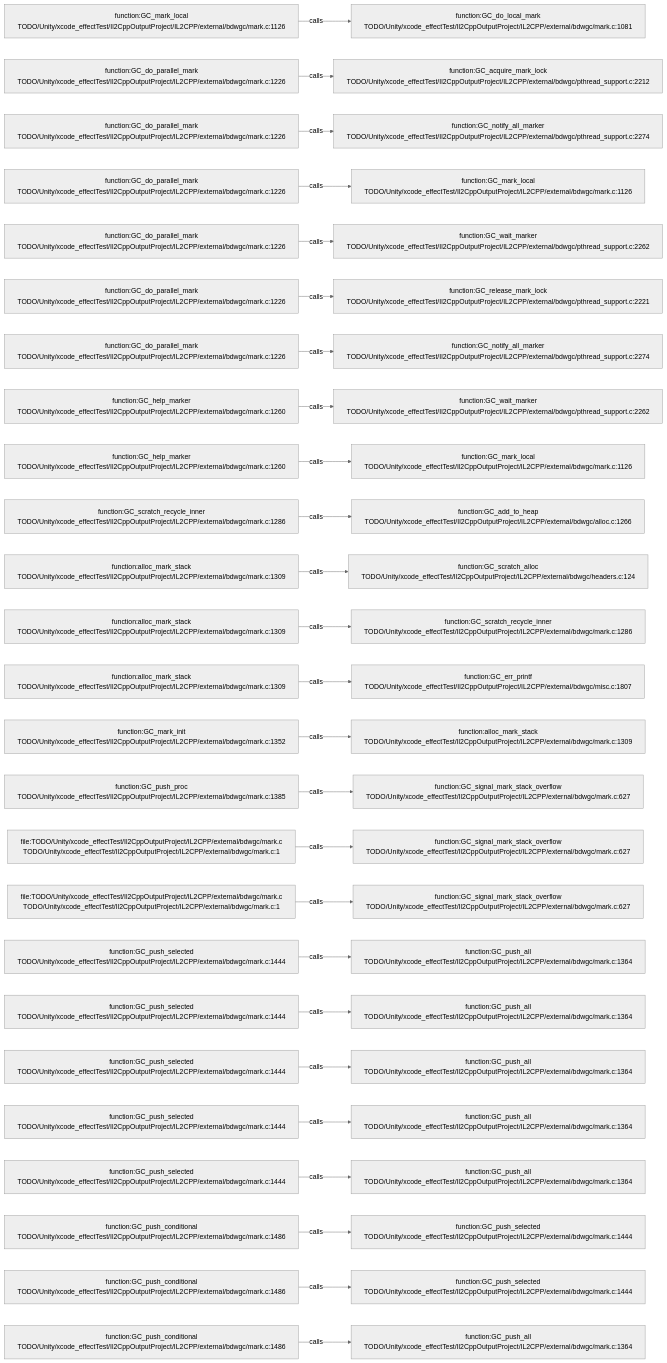
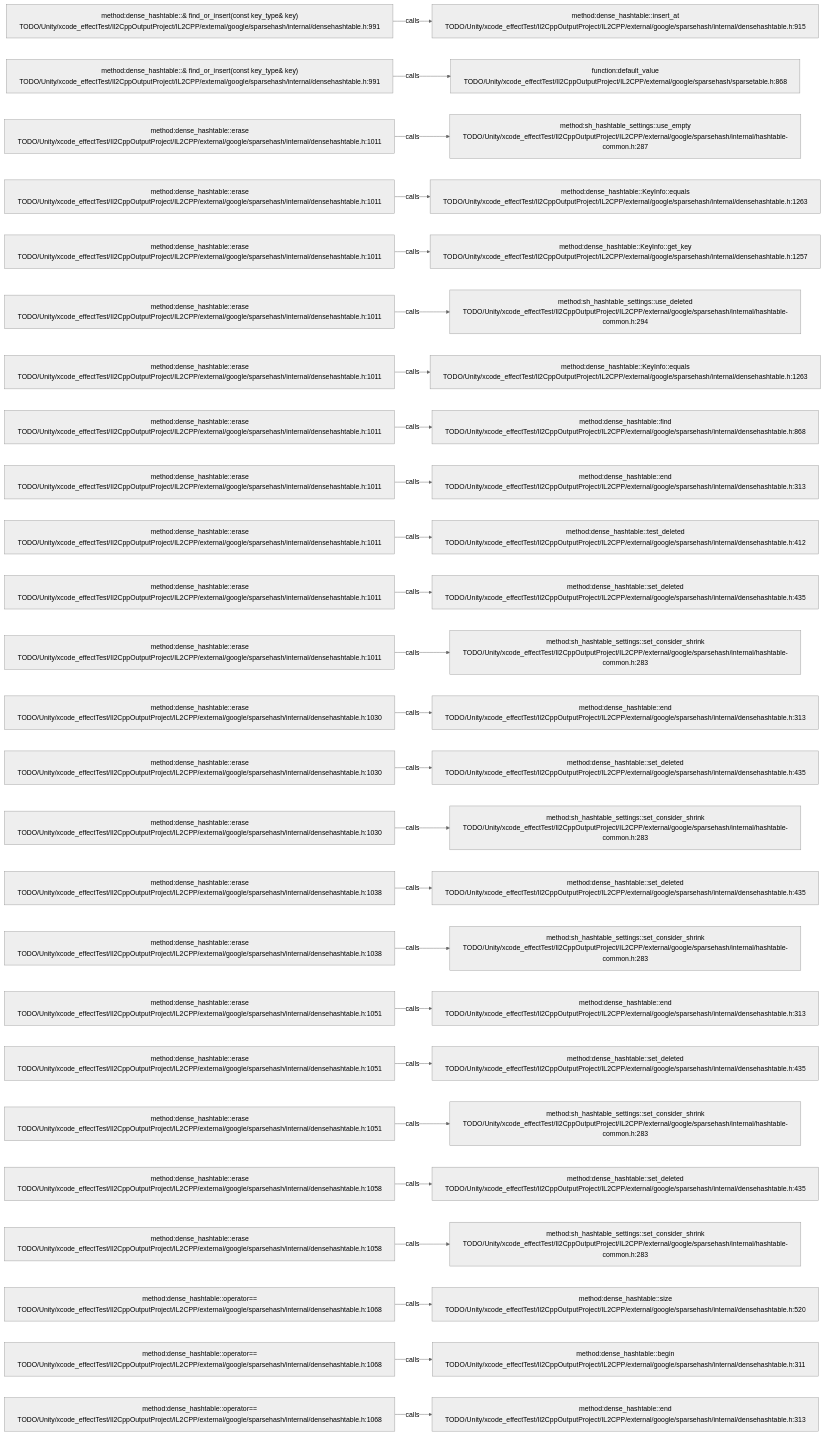
Before and after one commit to JobsKits/JobsSwiftBaseConfigDemo: the diagram in .codegraph/codegraph.md/graphs/calls-199.md, drawn with Mermaid (neutral theme). The commit also changed 227 other files, not shown here.

````diff
--- a/.codegraph/codegraph.md/graphs/calls-199.md
+++ b/.codegraph/codegraph.md/graphs/calls-199.md
@@ -13,78 +13,78 @@
 ```mermaid
 flowchart LR
-  S1["function:GC_mark_local<br/>TODO/Unity/xcode_effectTest/Il2CppOutputProject/IL2CPP/external/bdwgc/mark.c:1126"]
-  T1["function:GC_do_local_mark<br/>TODO/Unity/xcode_effectTest/Il2CppOutputProject/IL2CPP/external/bdwgc/mark.c:1081"]
+  S1["method:dense_hashtable::& find_or_insert(const key_type& key)<br/>TODO/Unity/xcode_effectTest/Il2CppOutputProject/IL2CPP/external/google/sparsehash/internal/densehashtable.h:991"]
+  T1["method:dense_hashtable::insert_at<br/>TODO/Unity/xcode_effectTest/Il2CppOutputProject/IL2CPP/external/google/sparsehash/internal/densehashtable.h:915"]
   S1 -->|calls| T1
-  S2["function:GC_do_parallel_mark<br/>TODO/Unity/xcode_effectTest/Il2CppOutputProject/IL2CPP/external/bdwgc/mark.c:1226"]
-  T2["function:GC_acquire_mark_lock<br/>TODO/Unity/xcode_effectTest/Il2CppOutputProject/IL2CPP/external/bdwgc/pthread_support.c:2212"]
+  S2["method:dense_hashtable::& find_or_insert(const key_type& key)<br/>TODO/Unity/xcode_effectTest/Il2CppOutputProject/IL2CPP/external/google/sparsehash/internal/densehashtable.h:991"]
+  T2["function:default_value<br/>TODO/Unity/xcode_effectTest/Il2CppOutputProject/IL2CPP/external/google/sparsehash/sparsetable.h:868"]
   S2 -->|calls| T2
-  S3["function:GC_do_parallel_mark<br/>TODO/Unity/xcode_effectTest/Il2CppOutputProject/IL2CPP/external/bdwgc/mark.c:1226"]
-  T3["function:GC_notify_all_marker<br/>TODO/Unity/xcode_effectTest/Il2CppOutputProject/IL2CPP/external/bdwgc/pthread_support.c:2274"]
+  S3["method:dense_hashtable::erase<br/>TODO/Unity/xcode_effectTest/Il2CppOutputProject/IL2CPP/external/google/sparsehash/internal/densehashtable.h:1011"]
+  T3["method:sh_hashtable_settings::use_empty<br/>TODO/Unity/xcode_effectTest/Il2CppOutputProject/IL2CPP/external/google/sparsehash/internal/hashtable-common.h:287"]
   S3 -->|calls| T3
-  S4["function:GC_do_parallel_mark<br/>TODO/Unity/xcode_effectTest/Il2CppOutputProject/IL2CPP/external/bdwgc/mark.c:1226"]
-  T4["function:GC_mark_local<br/>TODO/Unity/xcode_effectTest/Il2CppOutputProject/IL2CPP/external/bdwgc/mark.c:1126"]
+  S4["method:dense_hashtable::erase<br/>TODO/Unity/xcode_effectTest/Il2CppOutputProject/IL2CPP/external/google/sparsehash/internal/densehashtable.h:1011"]
+  T4["method:dense_hashtable::KeyInfo::equals<br/>TODO/Unity/xcode_effectTest/Il2CppOutputProject/IL2CPP/external/google/sparsehash/internal/densehashtable.h:1263"]
   S4 -->|calls| T4
-  S5["function:GC_do_parallel_mark<br/>TODO/Unity/xcode_effectTest/Il2CppOutputProject/IL2CPP/external/bdwgc/mark.c:1226"]
-  T5["function:GC_wait_marker<br/>TODO/Unity/xcode_effectTest/Il2CppOutputProject/IL2CPP/external/bdwgc/pthread_support.c:2262"]
+  S5["method:dense_hashtable::erase<br/>TODO/Unity/xcode_effectTest/Il2CppOutputProject/IL2CPP/external/google/sparsehash/internal/densehashtable.h:1011"]
+  T5["method:dense_hashtable::KeyInfo::get_key<br/>TODO/Unity/xcode_effectTest/Il2CppOutputProject/IL2CPP/external/google/sparsehash/internal/densehashtable.h:1257"]
   S5 -->|calls| T5
-  S6["function:GC_do_parallel_mark<br/>TODO/Unity/xcode_effectTest/Il2CppOutputProject/IL2CPP/external/bdwgc/mark.c:1226"]
-  T6["function:GC_release_mark_lock<br/>TODO/Unity/xcode_effectTest/Il2CppOutputProject/IL2CPP/external/bdwgc/pthread_support.c:2221"]
+  S6["method:dense_hashtable::erase<br/>TODO/Unity/xcode_effectTest/Il2CppOutputProject/IL2CPP/external/google/sparsehash/internal/densehashtable.h:1011"]
+  T6["method:sh_hashtable_settings::use_deleted<br/>TODO/Unity/xcode_effectTest/Il2CppOutputProject/IL2CPP/external/google/sparsehash/internal/hashtable-common.h:294"]
   S6 -->|calls| T6
-  S7["function:GC_do_parallel_mark<br/>TODO/Unity/xcode_effectTest/Il2CppOutputProject/IL2CPP/external/bdwgc/mark.c:1226"]
-  T7["function:GC_notify_all_marker<br/>TODO/Unity/xcode_effectTest/Il2CppOutputProject/IL2CPP/external/bdwgc/pthread_support.c:2274"]
+  S7["method:dense_hashtable::erase<br/>TODO/Unity/xcode_effectTest/Il2CppOutputProject/IL2CPP/external/google/sparsehash/internal/densehashtable.h:1011"]
+  T7["method:dense_hashtable::KeyInfo::equals<br/>TODO/Unity/xcode_effectTest/Il2CppOutputProject/IL2CPP/external/google/sparsehash/internal/densehashtable.h:1263"]
   S7 -->|calls| T7
-  S8["function:GC_help_marker<br/>TODO/Unity/xcode_effectTest/Il2CppOutputProject/IL2CPP/external/bdwgc/mark.c:1260"]
-  T8["function:GC_wait_marker<br/>TODO/Unity/xcode_effectTest/Il2CppOutputProject/IL2CPP/external/bdwgc/pthread_support.c:2262"]
+  S8["method:dense_hashtable::erase<br/>TODO/Unity/xcode_effectTest/Il2CppOutputProject/IL2CPP/external/google/sparsehash/internal/densehashtable.h:1011"]
+  T8["method:dense_hashtable::find<br/>TODO/Unity/xcode_effectTest/Il2CppOutputProject/IL2CPP/external/google/sparsehash/internal/densehashtable.h:868"]
   S8 -->|calls| T8
-  S9["function:GC_help_marker<br/>TODO/Unity/xcode_effectTest/Il2CppOutputProject/IL2CPP/external/bdwgc/mark.c:1260"]
-  T9["function:GC_mark_local<br/>TODO/Unity/xcode_effectTest/Il2CppOutputProject/IL2CPP/external/bdwgc/mark.c:1126"]
+  S9["method:dense_hashtable::erase<br/>TODO/Unity/xcode_effectTest/Il2CppOutputProject/IL2CPP/external/google/sparsehash/internal/densehashtable.h:1011"]
+  T9["method:dense_hashtable::end<br/>TODO/Unity/xcode_effectTest/Il2CppOutputProject/IL2CPP/external/google/sparsehash/internal/densehashtable.h:313"]
   S9 -->|calls| T9
-  S10["function:GC_scratch_recycle_inner<br/>TODO/Unity/xcode_effectTest/Il2CppOutputProject/IL2CPP/external/bdwgc/mark.c:1286"]
-  T10["function:GC_add_to_heap<br/>TODO/Unity/xcode_effectTest/Il2CppOutputProject/IL2CPP/external/bdwgc/alloc.c:1266"]
+  S10["method:dense_hashtable::erase<br/>TODO/Unity/xcode_effectTest/Il2CppOutputProject/IL2CPP/external/google/sparsehash/internal/densehashtable.h:1011"]
+  T10["method:dense_hashtable::test_deleted<br/>TODO/Unity/xcode_effectTest/Il2CppOutputProject/IL2CPP/external/google/sparsehash/internal/densehashtable.h:412"]
   S10 -->|calls| T10
-  S11["function:alloc_mark_stack<br/>TODO/Unity/xcode_effectTest/Il2CppOutputProject/IL2CPP/external/bdwgc/mark.c:1309"]
-  T11["function:GC_scratch_alloc<br/>TODO/Unity/xcode_effectTest/Il2CppOutputProject/IL2CPP/external/bdwgc/headers.c:124"]
+  S11["method:dense_hashtable::erase<br/>TODO/Unity/xcode_effectTest/Il2CppOutputProject/IL2CPP/external/google/sparsehash/internal/densehashtable.h:1011"]
+  T11["method:dense_hashtable::set_deleted<br/>TODO/Unity/xcode_effectTest/Il2CppOutputProject/IL2CPP/external/google/sparsehash/internal/densehashtable.h:435"]
   S11 -->|calls| T11
-  S12["function:alloc_mark_stack<br/>TODO/Unity/xcode_effectTest/Il2CppOutputProject/IL2CPP/external/bdwgc/mark.c:1309"]
-  T12["function:GC_scratch_recycle_inner<br/>TODO/Unity/xcode_effectTest/Il2CppOutputProject/IL2CPP/external/bdwgc/mark.c:1286"]
+  S12["method:dense_hashtable::erase<br/>TODO/Unity/xcode_effectTest/Il2CppOutputProject/IL2CPP/external/google/sparsehash/internal/densehashtable.h:1011"]
+  T12["method:sh_hashtable_settings::set_consider_shrink<br/>TODO/Unity/xcode_effectTest/Il2CppOutputProject/IL2CPP/external/google/sparsehash/internal/hashtable-common.h:283"]
   S12 -->|calls| T12
-  S13["function:alloc_mark_stack<br/>TODO/Unity/xcode_effectTest/Il2CppOutputProject/IL2CPP/external/bdwgc/mark.c:1309"]
-  T13["function:GC_err_printf<br/>TODO/Unity/xcode_effectTest/Il2CppOutputProject/IL2CPP/external/bdwgc/misc.c:1807"]
+  S13["method:dense_hashtable::erase<br/>TODO/Unity/xcode_effectTest/Il2CppOutputProject/IL2CPP/external/google/sparsehash/internal/densehashtable.h:1030"]
+  T13["method:dense_hashtable::end<br/>TODO/Unity/xcode_effectTest/Il2CppOutputProject/IL2CPP/external/google/sparsehash/internal/densehashtable.h:313"]
   S13 -->|calls| T13
-  S14["function:GC_mark_init<br/>TODO/Unity/xcode_effectTest/Il2CppOutputProject/IL2CPP/external/bdwgc/mark.c:1352"]
-  T14["function:alloc_mark_stack<br/>TODO/Unity/xcode_effectTest/Il2CppOutputProject/IL2CPP/external/bdwgc/mark.c:1309"]
+  S14["method:dense_hashtable::erase<br/>TODO/Unity/xcode_effectTest/Il2CppOutputProject/IL2CPP/external/google/sparsehash/internal/densehashtable.h:1030"]
+  T14["method:dense_hashtable::set_deleted<br/>TODO/Unity/xcode_effectTest/Il2CppOutputProject/IL2CPP/external/google/sparsehash/internal/densehashtable.h:435"]
   S14 -->|calls| T14
-  S15["function:GC_push_proc<br/>TODO/Unity/xcode_effectTest/Il2CppOutputProject/IL2CPP/external/bdwgc/mark.c:1385"]
-  T15["function:GC_signal_mark_stack_overflow<br/>TODO/Unity/xcode_effectTest/Il2CppOutputProject/IL2CPP/external/bdwgc/mark.c:627"]
+  S15["method:dense_hashtable::erase<br/>TODO/Unity/xcode_effectTest/Il2CppOutputProject/IL2CPP/external/google/sparsehash/internal/densehashtable.h:1030"]
+  T15["method:sh_hashtable_settings::set_consider_shrink<br/>TODO/Unity/xcode_effectTest/Il2CppOutputProject/IL2CPP/external/google/sparsehash/internal/hashtable-common.h:283"]
   S15 -->|calls| T15
-  S16["file:TODO/Unity/xcode_effectTest/Il2CppOutputProject/IL2CPP/external/bdwgc/mark.c<br/>TODO/Unity/xcode_effectTest/Il2CppOutputProject/IL2CPP/external/bdwgc/mark.c:1"]
-  T16["function:GC_signal_mark_stack_overflow<br/>TODO/Unity/xcode_effectTest/Il2CppOutputProject/IL2CPP/external/bdwgc/mark.c:627"]
+  S16["method:dense_hashtable::erase<br/>TODO/Unity/xcode_effectTest/Il2CppOutputProject/IL2CPP/external/google/sparsehash/internal/densehashtable.h:1038"]
+  T16["method:dense_hashtable::set_deleted<br/>TODO/Unity/xcode_effectTest/Il2CppOutputProject/IL2CPP/external/google/sparsehash/internal/densehashtable.h:435"]
   S16 -->|calls| T16
-  S17["file:TODO/Unity/xcode_effectTest/Il2CppOutputProject/IL2CPP/external/bdwgc/mark.c<br/>TODO/Unity/xcode_effectTest/Il2CppOutputProject/IL2CPP/external/bdwgc/mark.c:1"]
-  T17["function:GC_signal_mark_stack_overflow<br/>TODO/Unity/xcode_effectTest/Il2CppOutputProject/IL2CPP/external/bdwgc/mark.c:627"]
+  S17["method:dense_hashtable::erase<br/>TODO/Unity/xcode_effectTest/Il2CppOutputProject/IL2CPP/external/google/sparsehash/internal/densehashtable.h:1038"]
+  T17["method:sh_hashtable_settings::set_consider_shrink<br/>TODO/Unity/xcode_effectTest/Il2CppOutputProject/IL2CPP/external/google/sparsehash/internal/hashtable-common.h:283"]
   S17 -->|calls| T17
-  S18["function:GC_push_selected<br/>TODO/Unity/xcode_effectTest/Il2CppOutputProject/IL2CPP/external/bdwgc/mark.c:1444"]
-  T18["function:GC_push_all<br/>TODO/Unity/xcode_effectTest/Il2CppOutputProject/IL2CPP/external/bdwgc/mark.c:1364"]
+  S18["method:dense_hashtable::erase<br/>TODO/Unity/xcode_effectTest/Il2CppOutputProject/IL2CPP/external/google/sparsehash/internal/densehashtable.h:1051"]
+  T18["method:dense_hashtable::end<br/>TODO/Unity/xcode_effectTest/Il2CppOutputProject/IL2CPP/external/google/sparsehash/internal/densehashtable.h:313"]
   S18 -->|calls| T18
-  S19["function:GC_push_selected<br/>TODO/Unity/xcode_effectTest/Il2CppOutputProject/IL2CPP/external/bdwgc/mark.c:1444"]
-  T19["function:GC_push_all<br/>TODO/Unity/xcode_effectTest/Il2CppOutputProject/IL2CPP/external/bdwgc/mark.c:1364"]
+  S19["method:dense_hashtable::erase<br/>TODO/Unity/xcode_effectTest/Il2CppOutputProject/IL2CPP/external/google/sparsehash/internal/densehashtable.h:1051"]
+  T19["method:dense_hashtable::set_deleted<br/>TODO/Unity/xcode_effectTest/Il2CppOutputProject/IL2CPP/external/google/sparsehash/internal/densehashtable.h:435"]
   S19 -->|calls| T19
-  S20["function:GC_push_selected<br/>TODO/Unity/xcode_effectTest/Il2CppOutputProject/IL2CPP/external/bdwgc/mark.c:1444"]
-  T20["function:GC_push_all<br/>TODO/Unity/xcode_effectTest/Il2CppOutputProject/IL2CPP/external/bdwgc/mark.c:1364"]
+  S20["method:dense_hashtable::erase<br/>TODO/Unity/xcode_effectTest/Il2CppOutputProject/IL2CPP/external/google/sparsehash/internal/densehashtable.h:1051"]
+  T20["method:sh_hashtable_settings::set_consider_shrink<br/>TODO/Unity/xcode_effectTest/Il2CppOutputProject/IL2CPP/external/google/sparsehash/internal/hashtable-common.h:283"]
   S20 -->|calls| T20
-  S21["function:GC_push_selected<br/>TODO/Unity/xcode_effectTest/Il2CppOutputProject/IL2CPP/external/bdwgc/mark.c:1444"]
-  T21["function:GC_push_all<br/>TODO/Unity/xcode_effectTest/Il2CppOutputProject/IL2CPP/external/bdwgc/mark.c:1364"]
+  S21["method:dense_hashtable::erase<br/>TODO/Unity/xcode_effectTest/Il2CppOutputProject/IL2CPP/external/google/sparsehash/internal/densehashtable.h:1058"]
+  T21["method:dense_hashtable::set_deleted<br/>TODO/Unity/xcode_effectTest/Il2CppOutputProject/IL2CPP/external/google/sparsehash/internal/densehashtable.h:435"]
   S21 -->|calls| T21
-  S22["function:GC_push_selected<br/>TODO/Unity/xcode_effectTest/Il2CppOutputProject/IL2CPP/external/bdwgc/mark.c:1444"]
-  T22["function:GC_push_all<br/>TODO/Unity/xcode_effectTest/Il2CppOutputProject/IL2CPP/external/bdwgc/mark.c:1364"]
+  S22["method:dense_hashtable::erase<br/>TODO/Unity/xcode_effectTest/Il2CppOutputProject/IL2CPP/external/google/sparsehash/internal/densehashtable.h:1058"]
+  T22["method:sh_hashtable_settings::set_consider_shrink<br/>TODO/Unity/xcode_effectTest/Il2CppOutputProject/IL2CPP/external/google/sparsehash/internal/hashtable-common.h:283"]
   S22 -->|calls| T22
-  S23["function:GC_push_conditional<br/>TODO/Unity/xcode_effectTest/Il2CppOutputProject/IL2CPP/external/bdwgc/mark.c:1486"]
-  T23["function:GC_push_selected<br/>TODO/Unity/xcode_effectTest/Il2CppOutputProject/IL2CPP/external/bdwgc/mark.c:1444"]
+  S23["method:dense_hashtable::operator==<br/>TODO/Unity/xcode_effectTest/Il2CppOutputProject/IL2CPP/external/google/sparsehash/internal/densehashtable.h:1068"]
+  T23["method:dense_hashtable::size<br/>TODO/Unity/xcode_effectTest/Il2CppOutputProject/IL2CPP/external/google/sparsehash/internal/densehashtable.h:520"]
   S23 -->|calls| T23
-  S24["function:GC_push_conditional<br/>TODO/Unity/xcode_effectTest/Il2CppOutputProject/IL2CPP/external/bdwgc/mark.c:1486"]
-  T24["function:GC_push_selected<br/>TODO/Unity/xcode_effectTest/Il2CppOutputProject/IL2CPP/external/bdwgc/mark.c:1444"]
+  S24["method:dense_hashtable::operator==<br/>TODO/Unity/xcode_effectTest/Il2CppOutputProject/IL2CPP/external/google/sparsehash/internal/densehashtable.h:1068"]
+  T24["method:dense_hashtable::begin<br/>TODO/Unity/xcode_effectTest/Il2CppOutputProject/IL2CPP/external/google/sparsehash/internal/densehashtable.h:311"]
   S24 -->|calls| T24
-  S25["function:GC_push_conditional<br/>TODO/Unity/xcode_effectTest/Il2CppOutputProject/IL2CPP/external/bdwgc/mark.c:1486"]
-  T25["function:GC_push_all<br/>TODO/Unity/xcode_effectTest/Il2CppOutputProject/IL2CPP/external/bdwgc/mark.c:1364"]
+  S25["method:dense_hashtable::operator==<br/>TODO/Unity/xcode_effectTest/Il2CppOutputProject/IL2CPP/external/google/sparsehash/internal/densehashtable.h:1068"]
+  T25["method:dense_hashtable::end<br/>TODO/Unity/xcode_effectTest/Il2CppOutputProject/IL2CPP/external/google/sparsehash/internal/densehashtable.h:313"]
   S25 -->|calls| T25
 ```
````
